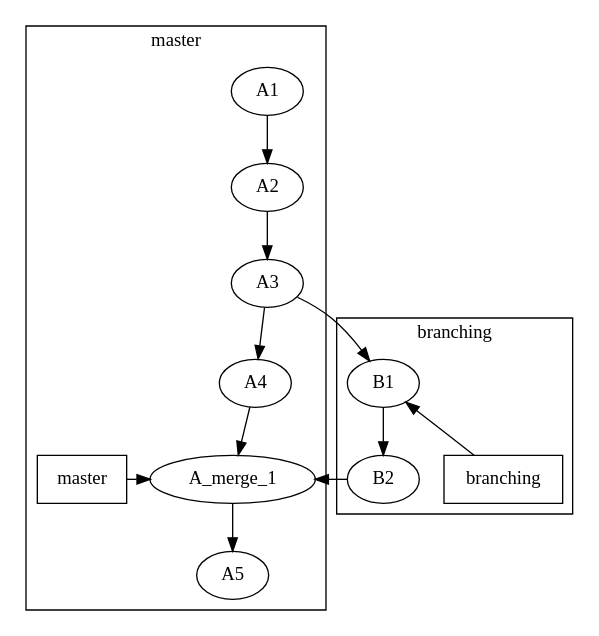
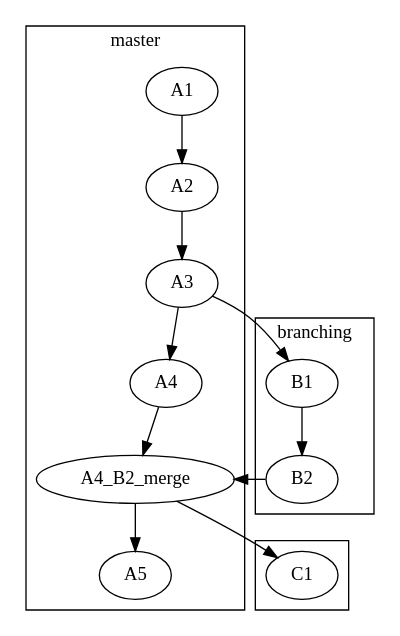
One commit to java8-course/get-flow changed the diagram in tree.dot. Above: the diagram before and after it, drawn with Graphviz. The commit also changed other lines of this file, not shown here.

```diff
--- a/tree.dot
+++ b/tree.dot
@@ -1,26 +1,31 @@
 digraph tree {
     subgraph cluster_master {
         label="master"
-        A1 -> A2 -> A3 -> A4 -> A_merge_1
-        A_merge_1 -> A5
+        A1 -> A2 -> A3 -> A4 -> A4_B2_merge -> A5
         
-        br_master [shape=rectangle; label="master"]
+//         br_master [shape=rectangle; label="master"]
         
     //     br_master -> A1 [style=dashed]
     //     br_master -> A2 [style=dashed]
-        br_master -> A_merge_1
-        
-        {rank=same; A_merge_1; br_master}
+//         br_master -> A5
+//         
+//         {rank=same; A5; br_master}
     }
     
     subgraph cluster_branching {
         label="branching"
         B1 -> B2
-        br_branching [shape=rectangle; label="branching"]
-        {rank=same; B2; br_branching}
+//         br_branching [shape=rectangle; label="branching"]
+//         br_branching -> B2
+//         {rank=same; B2; br_branching}
     }
     
     A3 -> B1
-    B2 -> A_merge_1
-    br_branching -> B1
+    B2 -> A4_B2_merge
+    
+    subgraph cluster_rebase {
+        C1
+    }
+    
+    A4_B2_merge -> C1
 }
```
